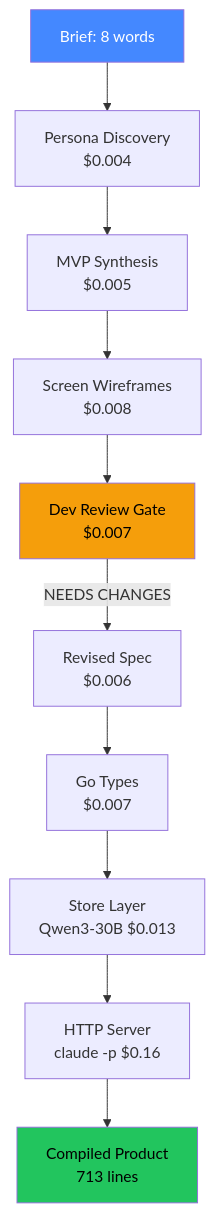
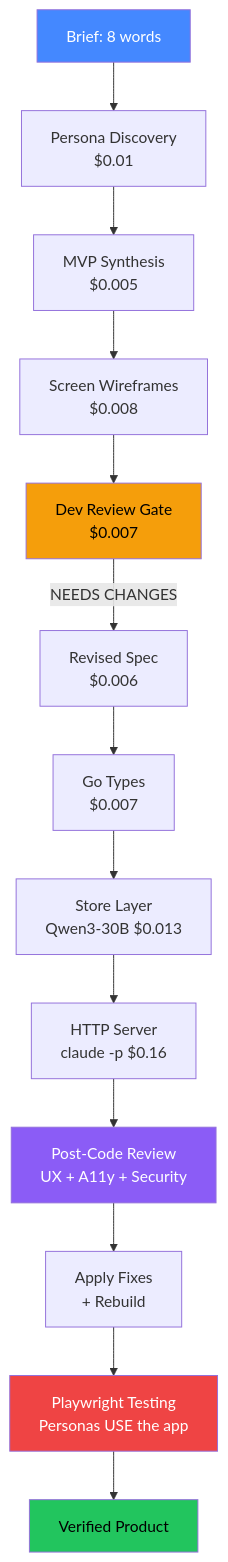
The first of 2 diagrams in experiments/INDEX.md (jonathanleahy/ai-code-orchestration-research), drawn with Mermaid before and after one commit. The commit also changed other lines of this file, not shown here.

First line of the commit message:
docs: complete research documentation — 32 experiments, 8 reviewers, Playwright essential

````diff
--- a/experiments/INDEX.md
+++ b/experiments/INDEX.md
@@ -11,16 +11,21 @@
 ```mermaid
 graph TD
-    Brief["Brief: 8 words"] --> Personas["Persona Discovery<br/>$0.004"]
+    Brief["Brief: 8 words"] --> Personas["Persona Discovery<br/>$0.01"]
     Personas --> MVP["MVP Synthesis<br/>$0.005"]
     MVP --> Screens["Screen Wireframes<br/>$0.008"]
     Screens --> DevReview["Dev Review Gate<br/>$0.007"]
     DevReview -->|"NEEDS CHANGES"| Revise["Revised Spec<br/>$0.006"]
     Revise --> Types["Go Types<br/>$0.007"]
     Types --> Store["Store Layer<br/>Qwen3-30B $0.013"]
     Store --> Server["HTTP Server<br/>claude -p $0.16"]
-    Server --> Product["Compiled Product<br/>713 lines"]
+    Server --> PostReview["Post-Code Review<br/>UX + A11y + Security"]
+    PostReview --> Fix["Apply Fixes<br/>+ Rebuild"]
+    Fix --> Playwright["Playwright Testing<br/>Personas USE the app"]
+    Playwright --> Product["Verified Product"]
 
     style Brief fill:#4488ff,color:#fff
     style DevReview fill:#f59e0b,color:#000
+    style PostReview fill:#8b5cf6,color:#fff
+    style Playwright fill:#ef4444,color:#fff
     style Product fill:#22c55e,color:#000
 ```
````
